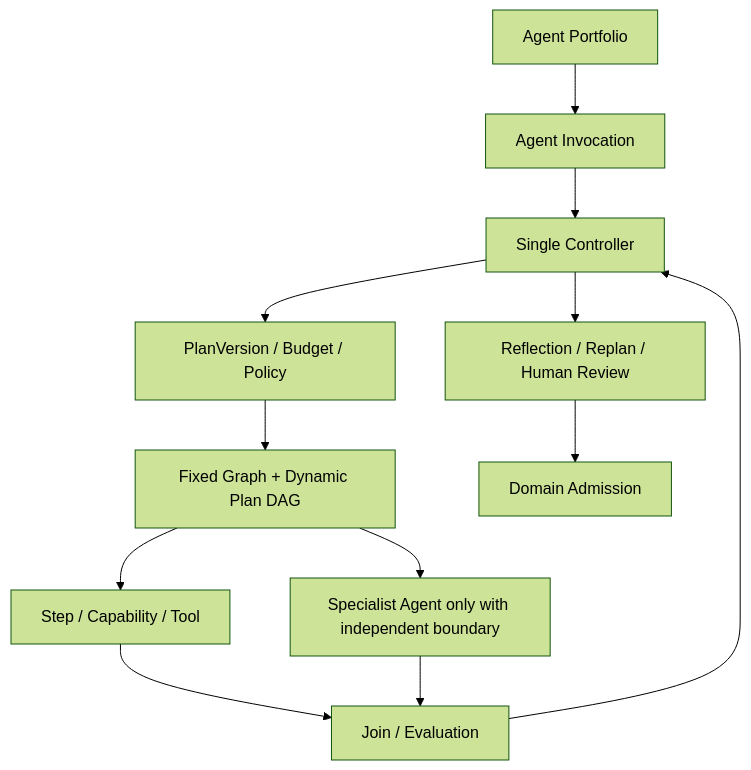
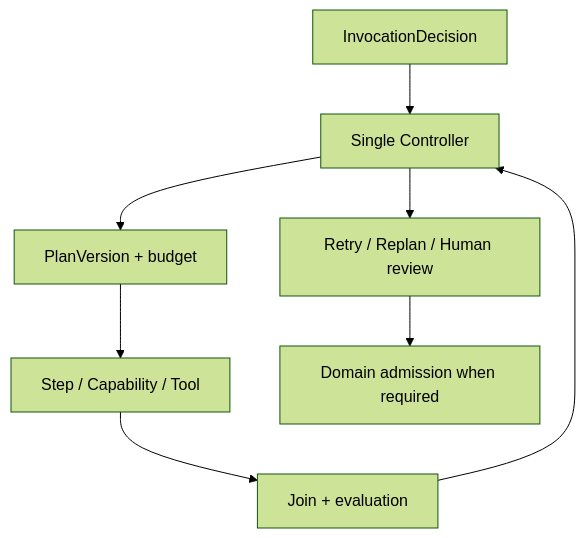
The seventh of 14 diagrams in docs/architecture/architecture-views.md (ProfessorZhi/Zuno), drawn with Mermaid (forest theme) before and after one commit. The commit also changed other lines of this file and 14 other files, not shown here.

Commit message:
docs: apply round 02 architecture revision

````diff
--- a/docs/architecture/architecture-views.md
+++ b/docs/architecture/architecture-views.md
@@ -136,14 +116,10 @@
 ```mermaid
 flowchart TB
-  PORTFOLIO[Agent Portfolio] --> SUBMIT[Agent Invocation]
-  SUBMIT --> COORD[Single Controller]
-  COORD --> PLAN[PlanVersion / Budget / Policy]
-  PLAN --> DAG[Fixed Graph + Dynamic Plan DAG]
-  DAG --> STEP[Step / Capability / Tool]
-  DAG --> SPEC[Specialist Agent only with independent boundary]
-  STEP --> JOIN[Join / Evaluation]
-  SPEC --> JOIN
-  JOIN --> COORD
-  COORD --> HITL[Reflection / Replan / Human Review]
-  HITL --> DOMAIN[Domain Admission]
+  INTAKE[InvocationDecision] --> CTRL[Single Controller]
+  CTRL --> PLAN[PlanVersion + budget]
+  PLAN --> STEP[Step / Capability / Tool]
+  STEP --> JOIN[Join + evaluation]
+  JOIN --> CTRL
+  CTRL --> REPLAN[Retry / Replan / Human review]
+  REPLAN --> ADMISSION[Domain admission when required]
 ```
````
